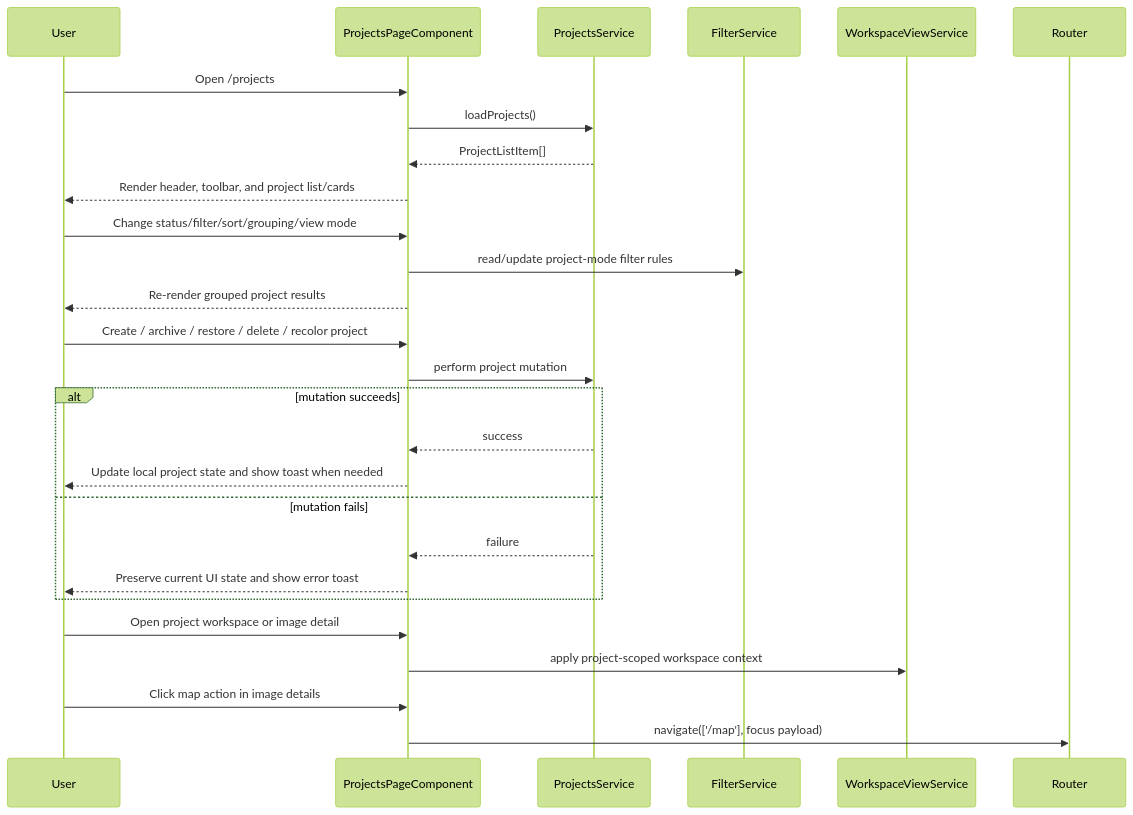
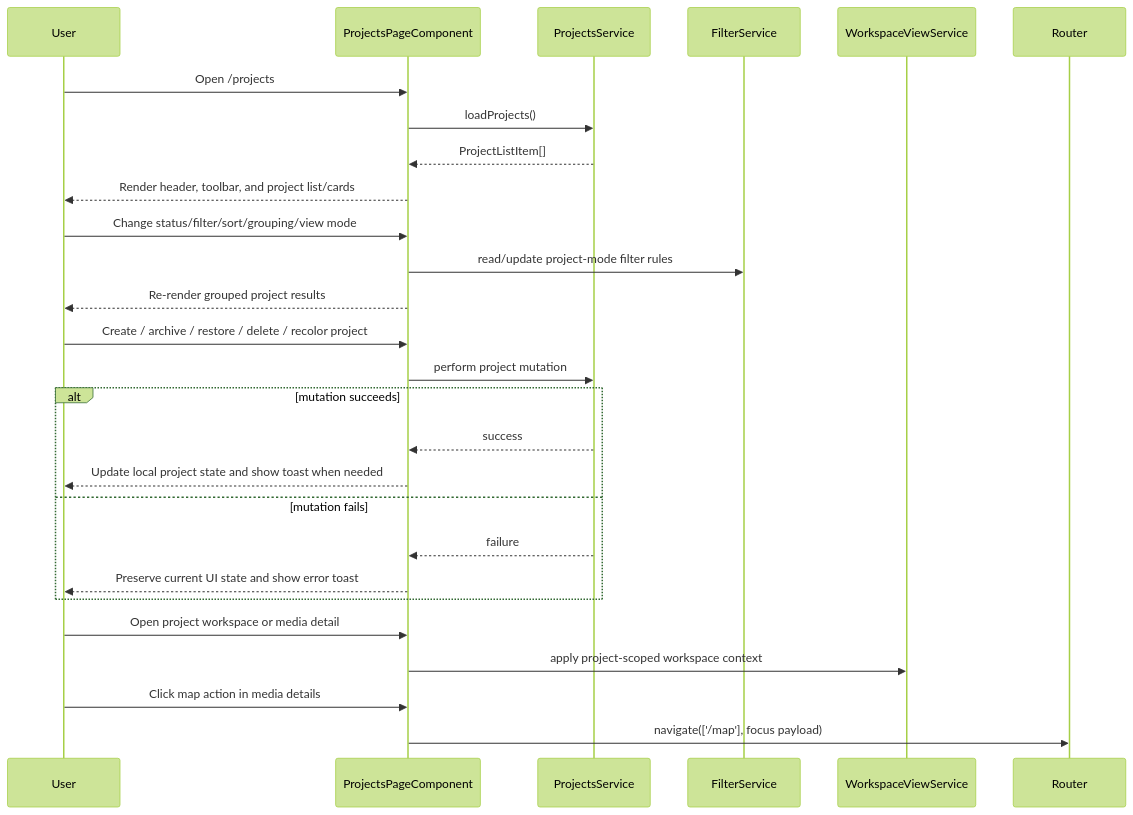
Before and after one commit to matkleve/feldpost: the fifth of 5 diagrams in docs/specs/page/projects-page.md, drawn with Mermaid (forest theme). The commit also changed other lines of this file and 26 other files, not shown here.

````diff
--- a/docs/specs/page/projects-page.md
+++ b/docs/specs/page/projects-page.md
@@ -248,33 +248,33 @@
 ```mermaid
 sequenceDiagram
   participant U as User
   participant C as ProjectsPageComponent
   participant PS as ProjectsService
   participant FS as FilterService
   participant WVS as WorkspaceViewService
   participant R as Router
 
   U->>C: Open /projects
   C->>PS: loadProjects()
   PS-->>C: ProjectListItem[]
   C-->>U: Render header, toolbar, and project list/cards
 
   U->>C: Change status/filter/sort/grouping/view mode
   C->>FS: read/update project-mode filter rules
   C-->>U: Re-render grouped project results
 
   U->>C: Create / archive / restore / delete / recolor project
   C->>PS: perform project mutation
   alt mutation succeeds
     PS-->>C: success
     C-->>U: Update local project state and show toast when needed
   else mutation fails
     PS-->>C: failure
     C-->>U: Preserve current UI state and show error toast
   end
 
-  U->>C: Open project workspace or image detail
+  U->>C: Open project workspace or media detail
   C->>WVS: apply project-scoped workspace context
-  U->>C: Click map action in image details
+  U->>C: Click map action in media details
   C->>R: navigate(['/map'], focus payload)
 ```
````
